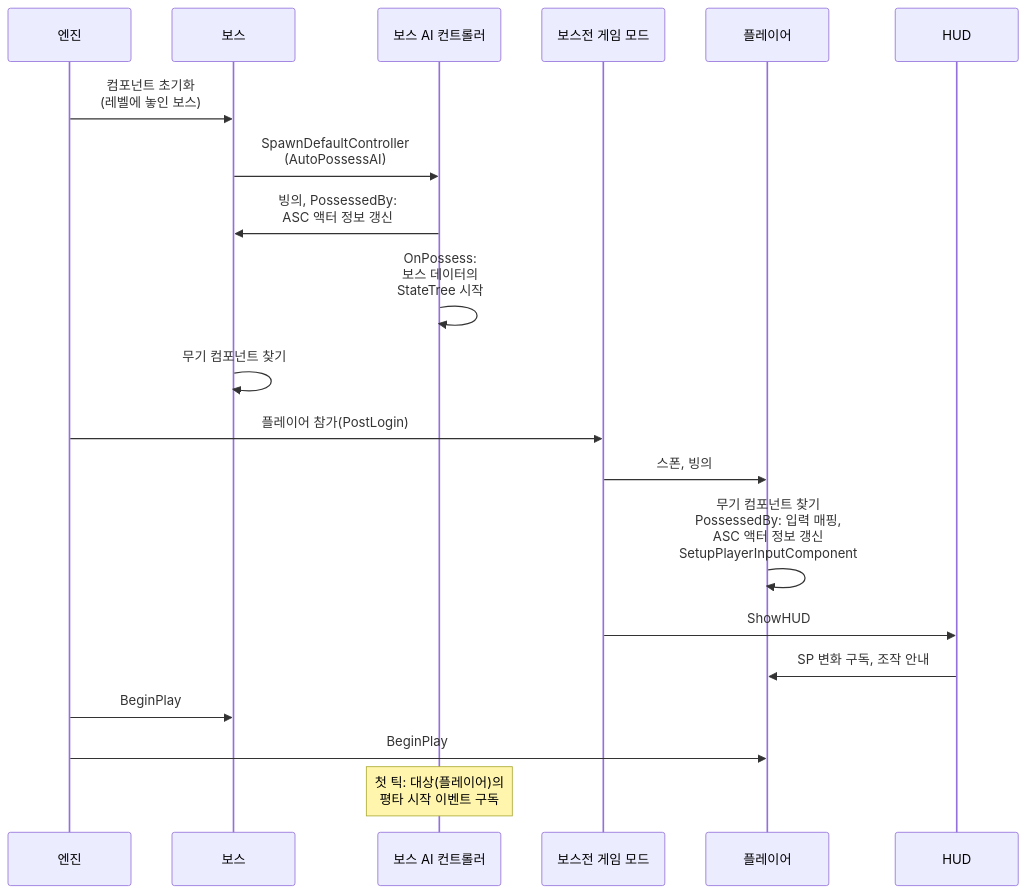
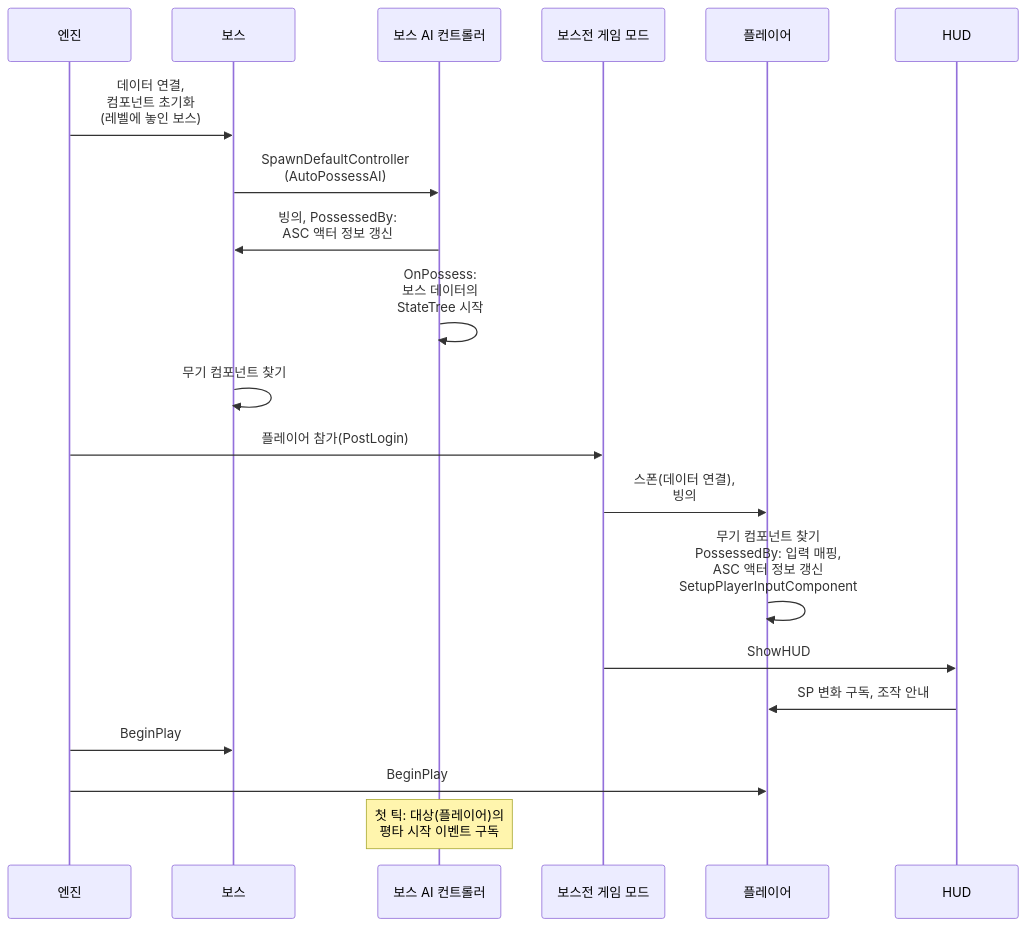
One commit to Woogl/Ag changed the first of 2 diagrams in Docs/Program/캐릭터 초기화.md. Above: the diagram before and after it, drawn with Mermaid. The commit also changed other lines of this file and 93 other files, not shown here.

````diff
--- a/Docs/Program/캐릭터 초기화.md
+++ b/Docs/Program/캐릭터 초기화.md
@@ -22,22 +23,22 @@
 ```mermaid
 sequenceDiagram
     participant E as 엔진
     participant B as 보스
     participant AI as 보스 AI 컨트롤러
     participant GM as 보스전 게임 모드
     participant P as 플레이어
     participant H as HUD
-    E->>B: 컴포넌트 초기화<br>(레벨에 놓인 보스)
+    E->>B: 데이터 연결,<br>컴포넌트 초기화<br>(레벨에 놓인 보스)
     B->>AI: SpawnDefaultController<br>(AutoPossessAI)
     AI->>B: 빙의, PossessedBy:<br>ASC 액터 정보 갱신
     AI->>AI: OnPossess:<br>보스 데이터의<br>StateTree 시작
     B->>B: 무기 컴포넌트 찾기
     E->>GM: 플레이어 참가(PostLogin)
-    GM->>P: 스폰, 빙의
+    GM->>P: 스폰(데이터 연결),<br>빙의
     P->>P: 무기 컴포넌트 찾기<br>PossessedBy: 입력 매핑,<br>ASC 액터 정보 갱신<br>SetupPlayerInputComponent
     GM->>H: ShowHUD
     H->>P: SP 변화 구독, 조작 안내
     E->>B: BeginPlay
     E->>P: BeginPlay
     Note over AI: 첫 틱: 대상(플레이어)의<br>평타 시작 이벤트 구독
 ```
````
